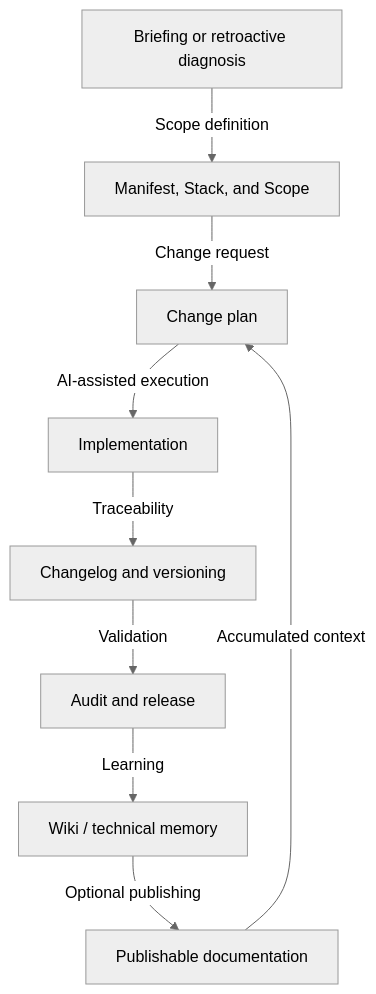
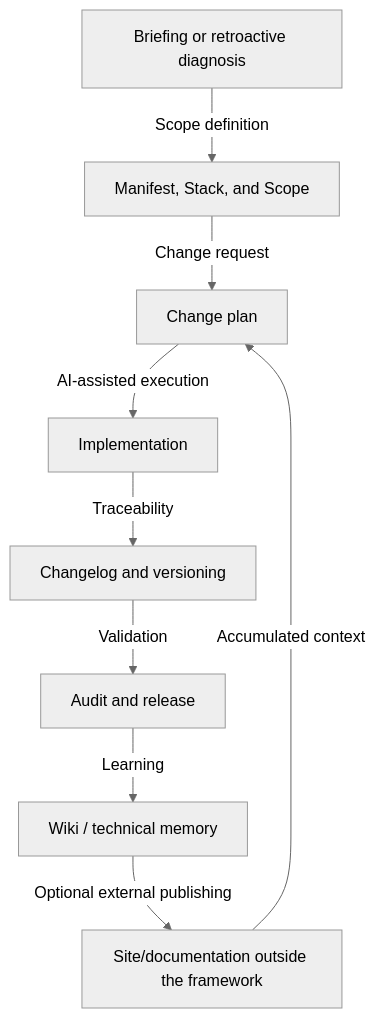
Before and after one commit to Sistema2D/FrameCode-VibeWork: the second of 2 diagrams in README.md, drawn with Mermaid (neutral theme). The commit also changed other lines of this file and 1 other file, not shown here.

````diff
--- a/README.md
+++ b/README.md
@@ -155,11 +160,11 @@
 ```mermaid
 graph TD
     A["Briefing or retroactive diagnosis"] -->|"Scope definition"| B["Manifest, Stack, and Scope"]
     B -->|"Change request"| C["Change plan"]
     C -->|"AI-assisted execution"| D["Implementation"]
     D -->|"Traceability"| E["Changelog and versioning"]
     E -->|"Validation"| F["Audit and release"]
     F -->|"Learning"| G["Wiki / technical memory"]
-    G -->|"Optional publishing"| H["Publishable documentation"]
+    G -->|"Optional external publishing"| H["Site/documentation outside the framework"]
     H -->|"Accumulated context"| C
 ```
````
